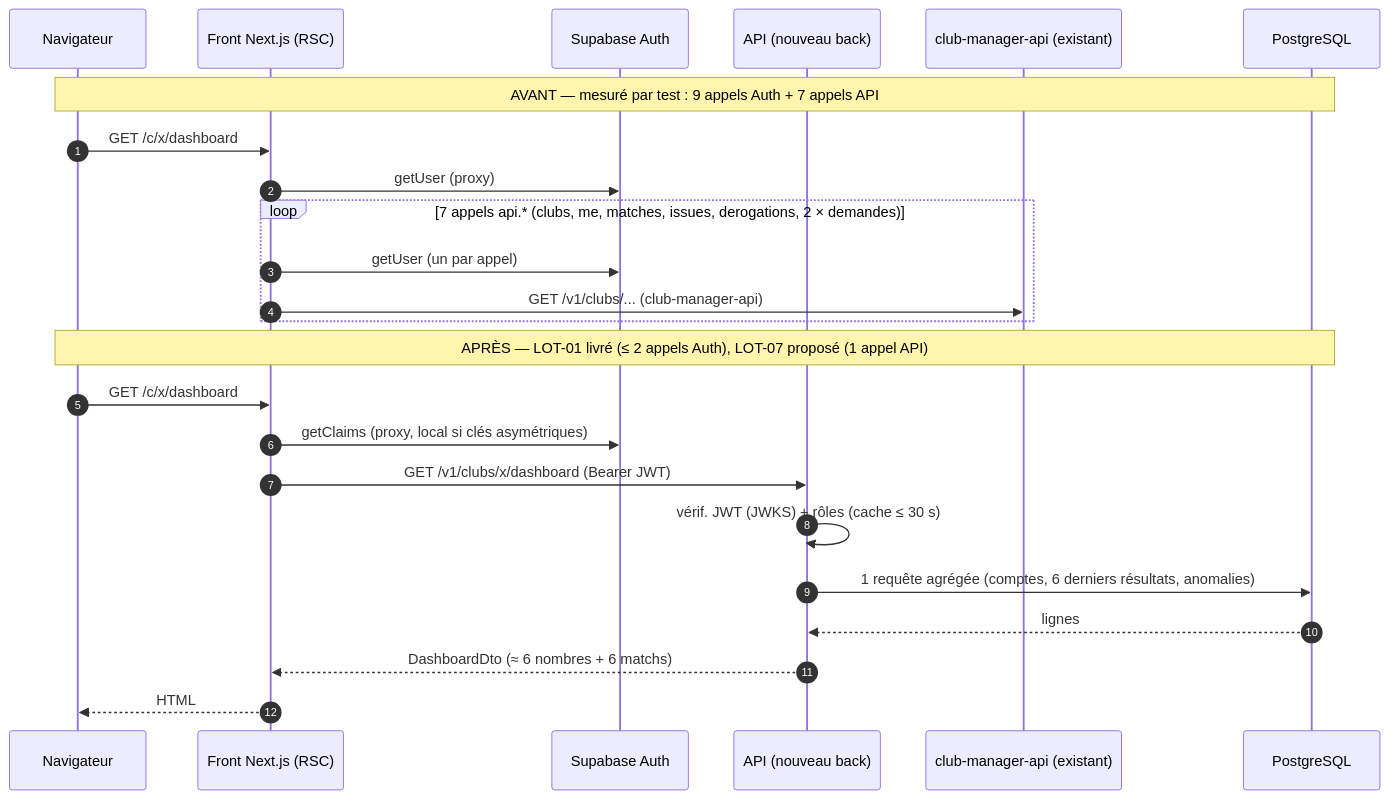
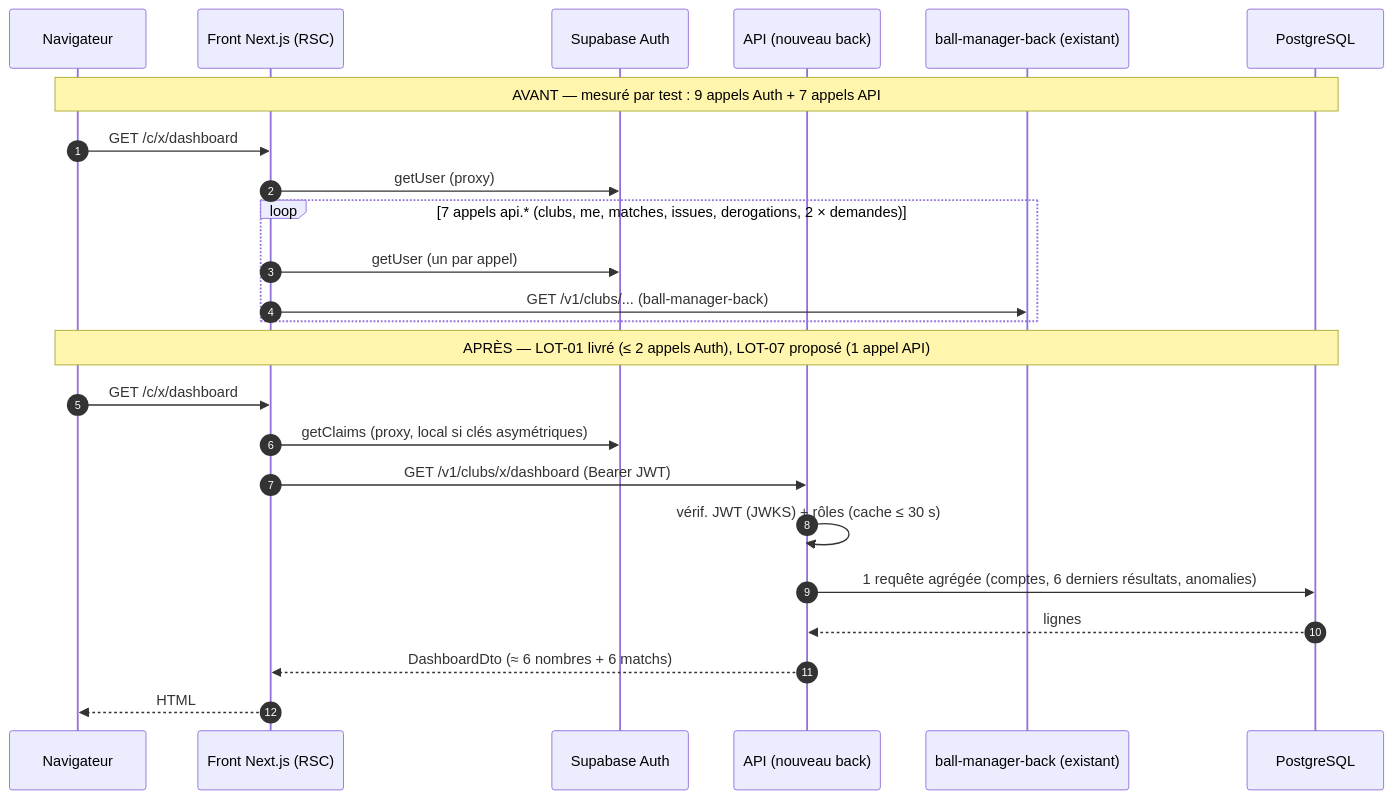
One commit to anisfut1/SCSB changed the third of 6 diagrams in docs/migration/05-architecture-cible.md. Above: the diagram before and after it, drawn with Mermaid. The commit also changed other lines of this file and 125 other files, not shown here.

First line of the commit message:
chore: renommage SCSB → ball-manager-web, club-manager-api → ball-manager-back

````diff
--- a/docs/migration/05-architecture-cible.md
+++ b/docs/migration/05-architecture-cible.md
@@ -69,26 +69,26 @@
 ```mermaid
 sequenceDiagram
   autonumber
   participant B as Navigateur
   participant N as Front Next.js (RSC)
   participant S as Supabase Auth
   participant A as API (nouveau back)
-  participant L as club-manager-api (existant)
+  participant L as ball-manager-back (existant)
   participant D as PostgreSQL
   Note over B,D: AVANT — mesuré par test : 9 appels Auth + 7 appels API
   B->>N: GET /c/x/dashboard
   N->>S: getUser (proxy)
   loop 7 appels api.* (clubs, me, matches, issues, derogations, 2 × demandes)
     N->>S: getUser (un par appel)
-    N->>L: GET /v1/clubs/... (club-manager-api)
+    N->>L: GET /v1/clubs/... (ball-manager-back)
   end
   Note over B,D: APRÈS — LOT-01 livré (≤ 2 appels Auth), LOT-07 proposé (1 appel API)
   B->>N: GET /c/x/dashboard
   N->>S: getClaims (proxy, local si clés asymétriques)
   N->>A: GET /v1/clubs/x/dashboard (Bearer JWT)
   A->>A: vérif. JWT (JWKS) + rôles (cache ≤ 30 s)
   A->>D: 1 requête agrégée (comptes, 6 derniers résultats, anomalies)
   D-->>A: lignes
   A-->>N: DashboardDto (≈ 6 nombres + 6 matchs)
   N-->>B: HTML
 ```
````
